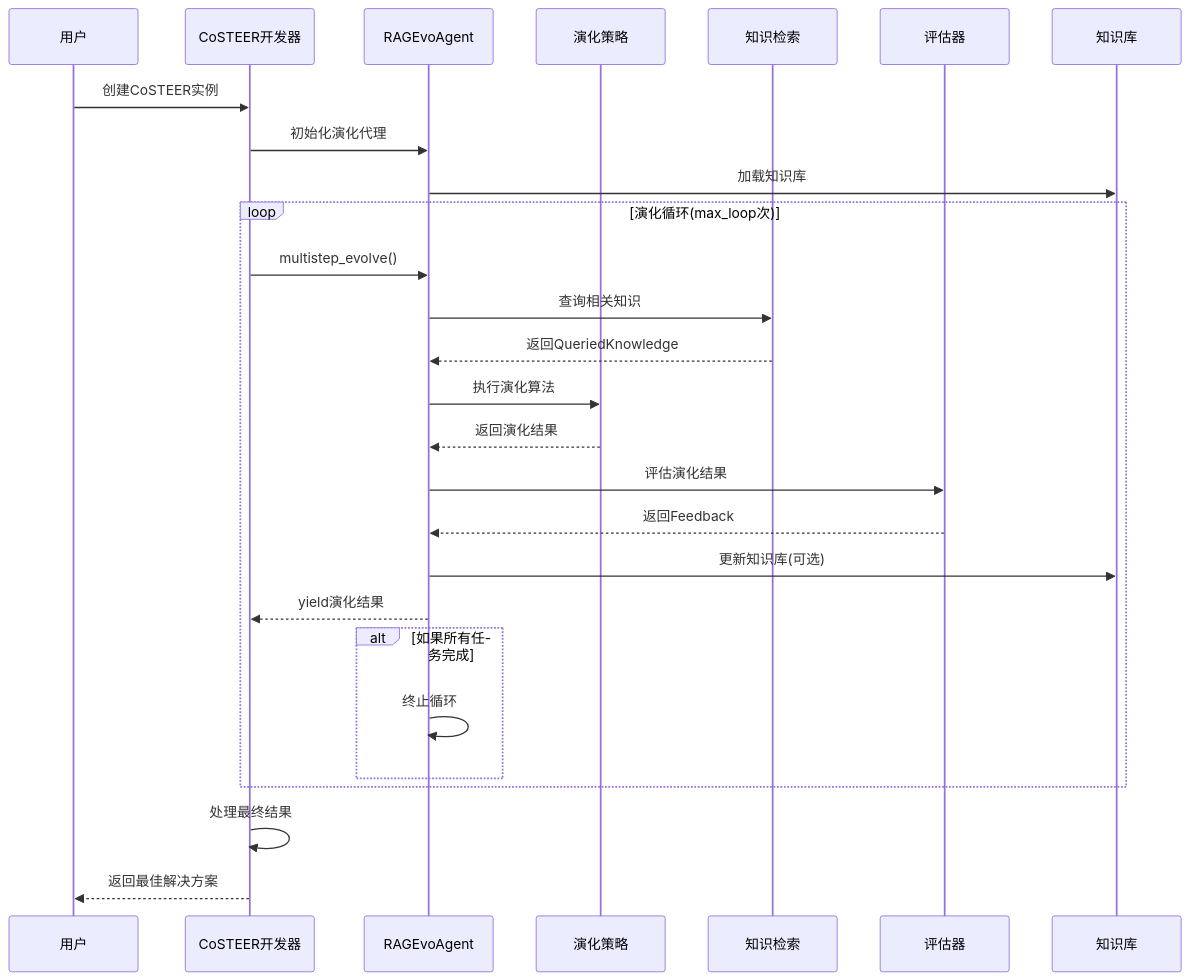
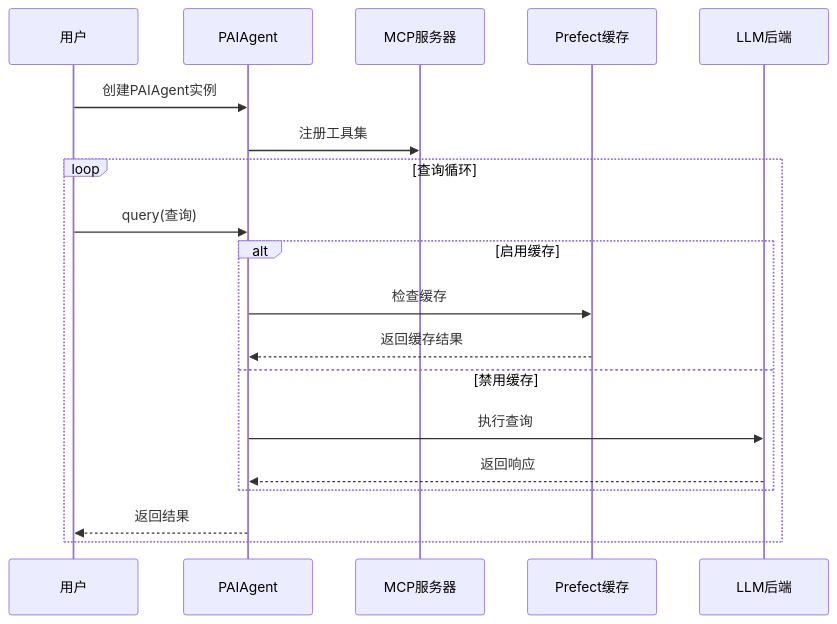
Before and after one commit to afanty2021/RD-Agent: the seventh of 10 diagrams in .qoder/repowiki/zh/content/核心概念/演化代理/代理架构.md, drawn with Mermaid. The commit also changed other lines of this file and 5 other files, not shown here.

````diff
--- a/.qoder/repowiki/zh/content/核心概念/演化代理/代理架构.md
+++ b/.qoder/repowiki/zh/content/核心概念/演化代理/代理架构.md
@@ -288,29 +227,21 @@
 ```mermaid
 sequenceDiagram
 participant User as 用户
-participant CoSTEER as CoSTEER开发器
-participant RAGEvoAgent as RAGEvoAgent
-participant Strategy as 演化策略
-participant RAG as 知识检索
-participant Evaluator as 评估器
-participant KB as 知识库
-User->>CoSTEER : 创建CoSTEER实例
-CoSTEER->>RAGEvoAgent : 初始化演化代理
-RAGEvoAgent->>KB : 加载知识库
-loop 演化循环(max_loop次)
-CoSTEER->>RAGEvoAgent : multistep_evolve()
-RAGEvoAgent->>RAG : 查询相关知识
-RAG-->>RAGEvoAgent : 返回QueriedKnowledge
-RAGEvoAgent->>Strategy : 执行演化算法
-Strategy-->>RAGEvoAgent : 返回演化结果
-RAGEvoAgent->>Evaluator : 评估演化结果
-Evaluator-->>RAGEvoAgent : 返回Feedback
-RAGEvoAgent->>KB : 更新知识库(可选)
-RAGEvoAgent-->>CoSTEER : yield演化结果
-alt 如果所有任务完成
-RAGEvoAgent->>RAGEvoAgent : 终止循环
+participant PAIAgent as PAIAgent
+participant MCP as MCP服务器
+participant Prefect as Prefect缓存
+participant LLM as LLM后端
+User->>PAIAgent : 创建PAIAgent实例
+PAIAgent->>MCP : 注册工具集
+loop 查询循环
+User->>PAIAgent : query(查询)
+alt 启用缓存
+PAIAgent->>Prefect : 检查缓存
+Prefect-->>PAIAgent : 返回缓存结果
+else 禁用缓存
+PAIAgent->>LLM : 执行查询
+LLM-->>PAIAgent : 返回响应
 end
+PAIAgent-->>User : 返回结果
 end
-CoSTEER->>CoSTEER : 处理最终结果
-CoSTEER-->>User : 返回最佳解决方案
 ```
````
